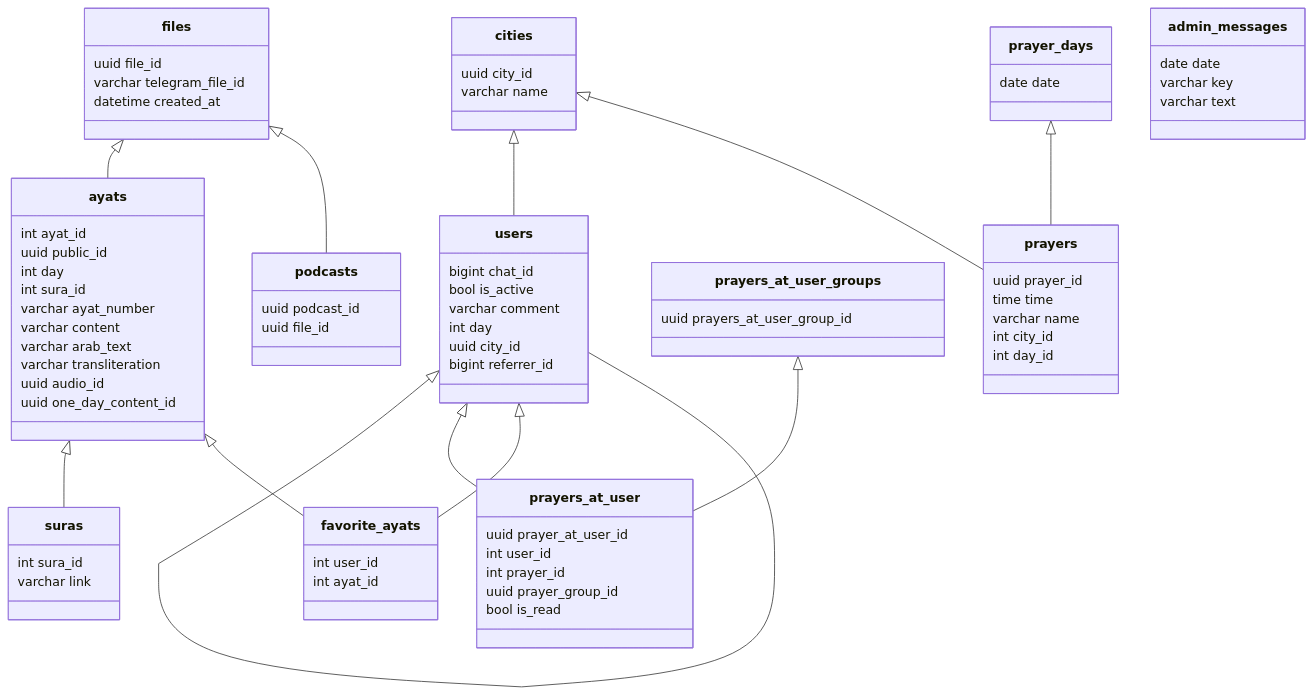
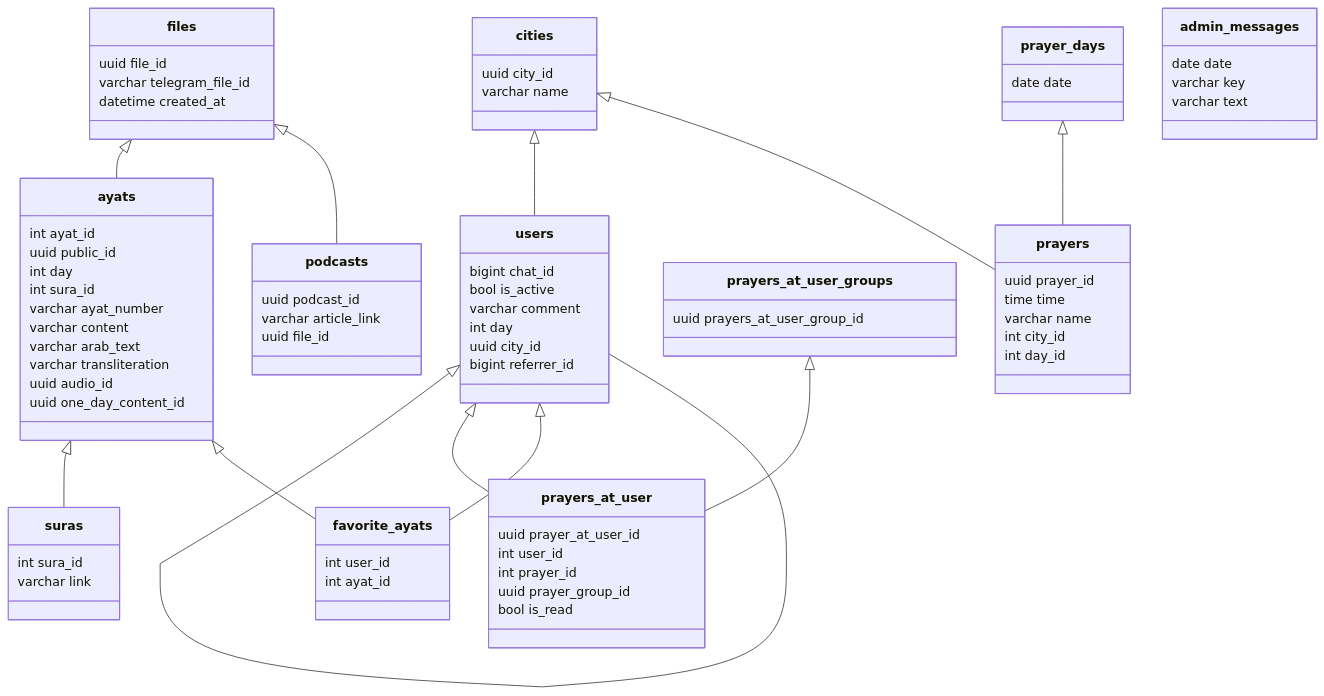
The first of 3 diagrams in docs/db_schema_specification.md (blablatdinov/tg-quranbot), drawn with Mermaid before and after one commit. The commit also changed 3 other files, not shown here.

````diff
--- a/docs/db_schema_specification.md
+++ b/docs/db_schema_specification.md
@@ -5,80 +5,81 @@
 ```mermaid
 classDiagram
     files <|-- ayats
     files <|-- podcasts
     users <|-- users
     ayats <|-- suras
     cities <|-- users
     users <|-- prayers_at_user
     prayers_at_user_groups <|-- prayers_at_user
     cities <|-- prayers
     prayer_days <|-- prayers
     users <|-- favorite_ayats
     ayats <|-- favorite_ayats
     class ayats{
         int ayat_id
         uuid public_id
         int day
         int sura_id
         varchar ayat_number
         varchar content
         varchar arab_text
         varchar transliteration
         uuid audio_id
         uuid one_day_content_id
     }
     class favorite_ayats{
         int user_id
         int ayat_id
     }
     class suras{
         int sura_id
         varchar link
     }
     class files{
         uuid file_id
         varchar telegram_file_id
         datetime created_at
     }
     class users{
         bigint chat_id
         bool is_active
         varchar comment
         int day
         uuid city_id
         bigint referrer_id
     }
     class cities{
         uuid city_id
         varchar name
     }
     class podcasts{
         uuid podcast_id
+        varchar article_link
         uuid file_id
     }
     class prayers{
         uuid prayer_id
         time time
         varchar name
         int city_id
         int day_id
     }
     class prayers_at_user{
         uuid prayer_at_user_id
         int user_id
         int prayer_id
         uuid prayer_group_id
         bool is_read
     }
     class prayers_at_user_groups{
         uuid prayers_at_user_group_id
     }
     class prayer_days{
         date date
     }
     class admin_messages{
         date date
         varchar key
         varchar text
     }
 ```
````
